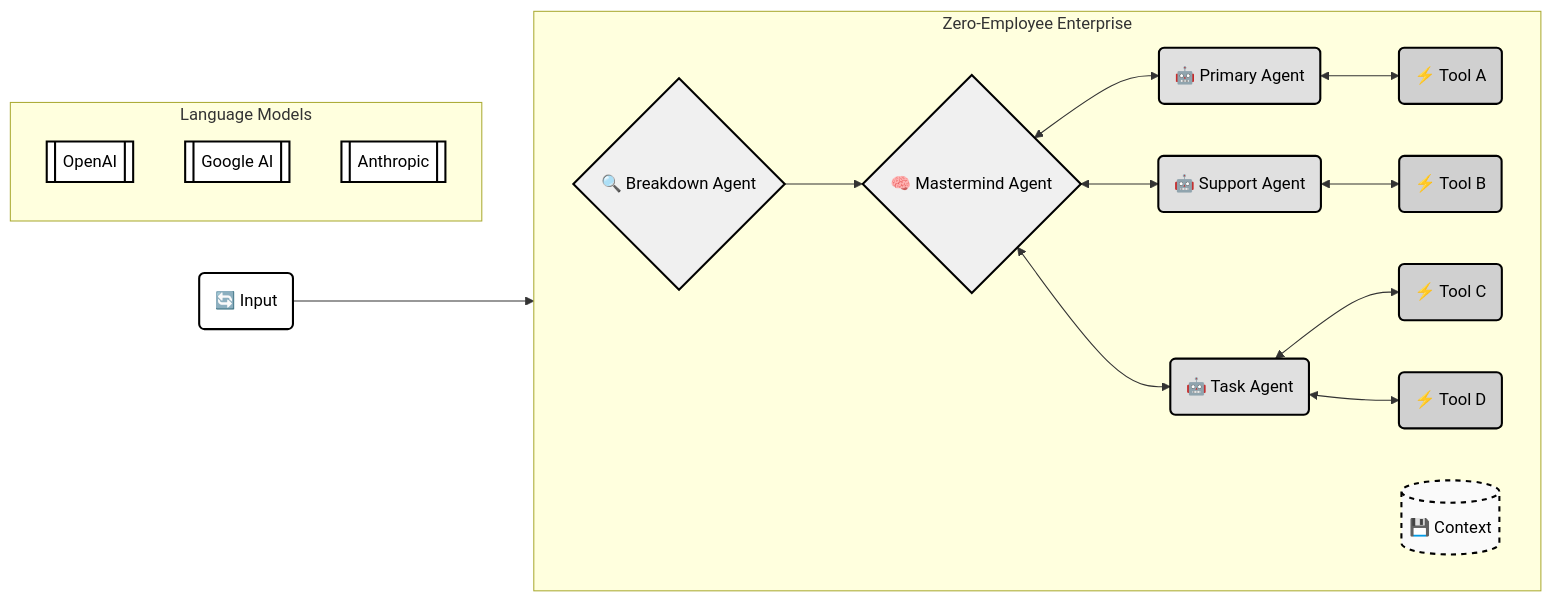
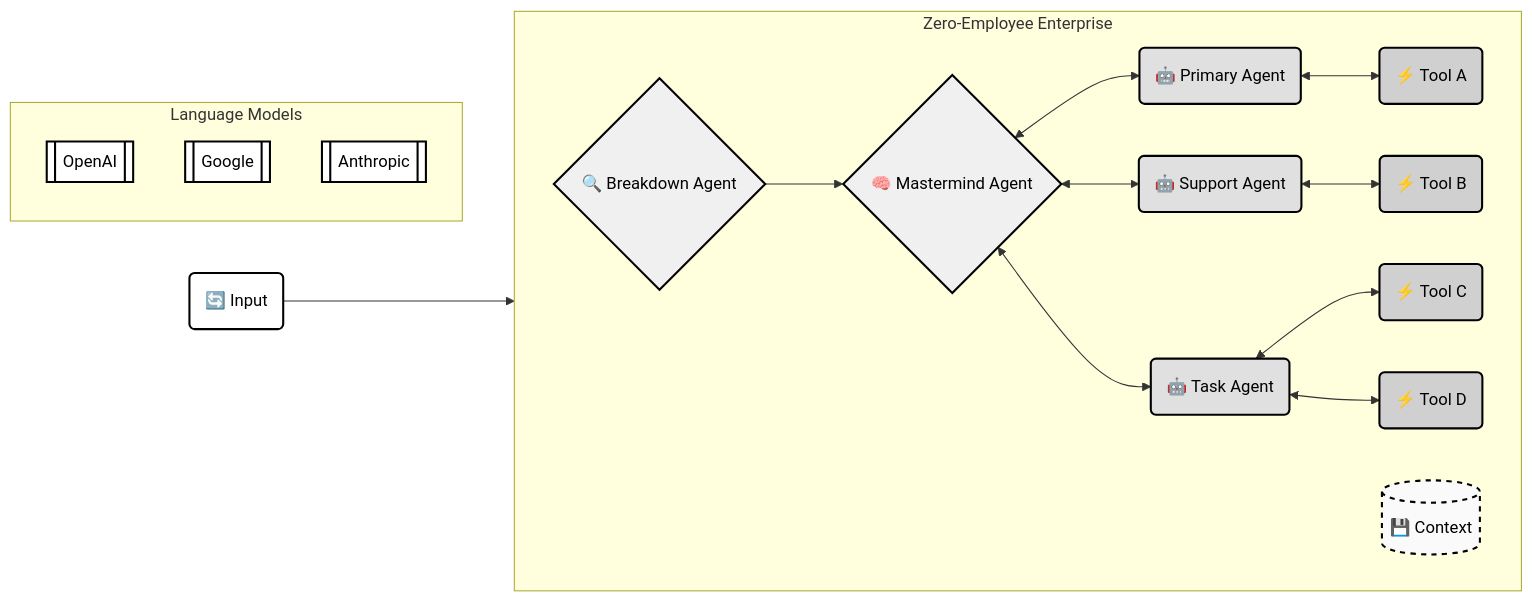
One commit to sschepis/ai-agent-sdk changed the diagram in docs/get-started/overview.mdx. Above: the diagram before and after it, drawn with Mermaid.

Commit message:
fix diagram (#83)
fix

````diff
--- a/docs/get-started/overview.mdx
+++ b/docs/get-started/overview.mdx
@@ -13,54 +13,54 @@
 ```mermaid
 flowchart LR
     %% Styling
     classDef input fill:#ffffff,stroke:#000000,stroke-width:2px, color:#000
     classDef breakdown fill:#f0f0f0,stroke:#000000,stroke-width:2px, color:#000
     classDef agent fill:#e0e0e0,stroke:#000000,stroke-width:2px, color:#000
     classDef tool fill:#d0d0d0,stroke:#000000,stroke-width:2px, color:#000
     classDef state fill:#fafafa,stroke:#000000,stroke-width:2px,stroke-dasharray: 5 5, color:#000
     classDef llm fill:#ffffff,stroke:#000000,stroke-width:2px, color:#000
 
     %% Nodes
     inp1("🔄 Input")
 
     subgraph "Zero-Employee Enterprise"
         direction LR
         breakdown{"🔍 Breakdown Agent"}
         mastermind{"🧠 Mastermind Agent"}
         agent1("🤖 Primary Agent")
         agent2("🤖 Support Agent")
         agent3("🤖 Task Agent")
         tool1("⚡ Tool A")
         tool2("⚡ Tool B")
         tool3("⚡ Tool C")
         tool4("⚡ Tool D")
         id1[("💾 Context")]
     end
 
     subgraph "Language Models"
         direction TB
         llm1[["OpenAI"]]
-        llm2[["Google AI"]]
+        llm2[["Google"]]
         llm3[["Anthropic"]]
     end
 
     %% Connections
     inp1 --> breakdown
     breakdown --> mastermind
     mastermind <--> agent1
     mastermind <--> agent2
     mastermind <--> agent3
     agent1 <--> tool1
     agent2 <--> tool2
     agent3 <--> tool3
     agent3 <--> tool4
 
     %% Apply styles
     class inp1 input
     class breakdown breakdown
     class mastermind breakdown
     class agent1,agent2,agent3 agent
     class tool1,tool2,tool3,tool4 tool
     class id1 state
     class llm1,llm2,llm3 llm
 ```
````
